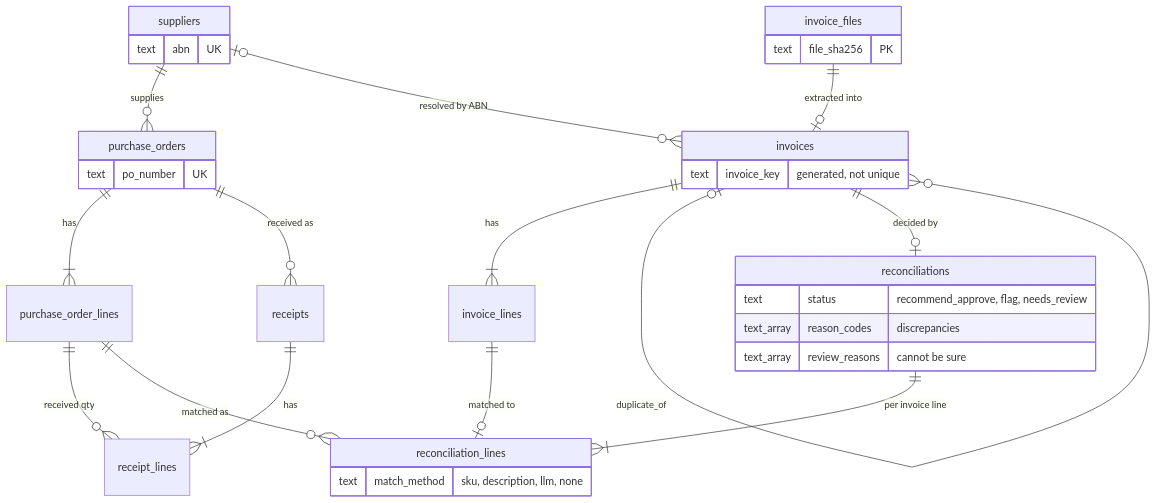
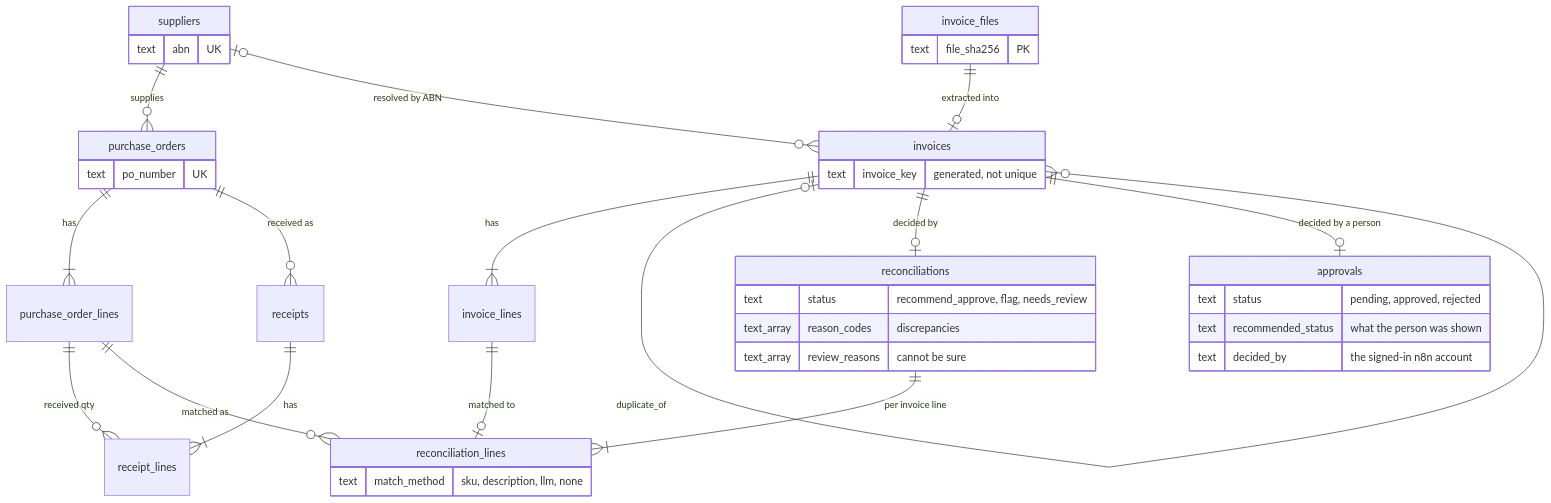
Before and after one commit to DhruvGandhi31/Hotel-Ops-agent: the second of 5 diagrams in docs/architecture.md, drawn with Mermaid. The commit also changed other lines of this file and 30 other files, not shown here.

````diff
--- a/docs/architecture.md
+++ b/docs/architecture.md
@@ -107,37 +107,43 @@
 ```mermaid
 erDiagram
   suppliers ||--o{ purchase_orders : "supplies"
   purchase_orders ||--|{ purchase_order_lines : "has"
   purchase_orders ||--o{ receipts : "received as"
   receipts ||--|{ receipt_lines : "has"
   purchase_order_lines ||--o{ receipt_lines : "received qty"
   suppliers |o--o{ invoices : "resolved by ABN"
   invoice_files ||--o| invoices : "extracted into"
   invoices ||--|{ invoice_lines : "has"
   invoices |o--o{ invoices : "duplicate_of"
   invoices ||--o| reconciliations : "decided by"
   reconciliations ||--|{ reconciliation_lines : "per invoice line"
   invoice_lines ||--o| reconciliation_lines : "matched to"
   purchase_order_lines ||--o{ reconciliation_lines : "matched as"
+  invoices ||--o| approvals : "decided by a person"
 
   suppliers {
     text abn UK
   }
   purchase_orders {
     text po_number UK
   }
   invoice_files {
     text file_sha256 PK
   }
   invoices {
     text invoice_key "generated, not unique"
   }
   reconciliations {
     text status "recommend_approve, flag, needs_review"
     text_array reason_codes "discrepancies"
     text_array review_reasons "cannot be sure"
   }
   reconciliation_lines {
     text match_method "sku, description, llm, none"
   }
+  approvals {
+    text status "pending, approved, rejected"
+    text recommended_status "what the person was shown"
+    text decided_by "the signed-in n8n account"
+  }
 ```
````
